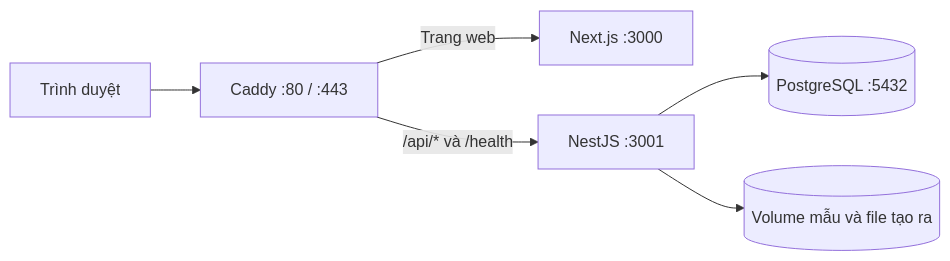
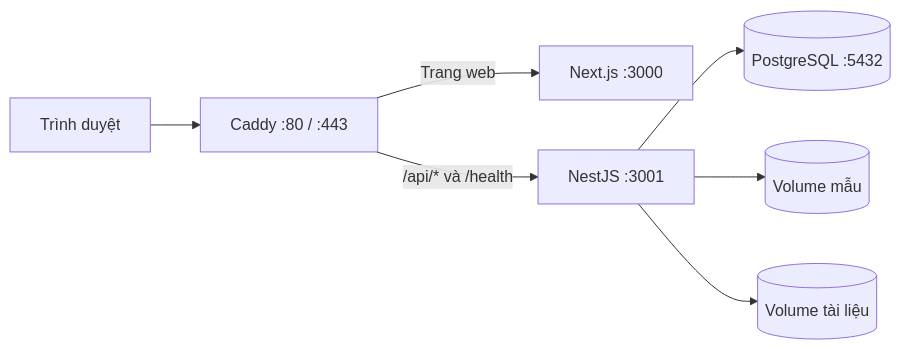
One commit to tranchien2105/document-template-library changed the second of 2 diagrams in README.md. Above: the diagram before and after it, drawn with Mermaid. The commit also changed other lines of this file, not shown here.

````diff
--- a/README.md
+++ b/README.md
@@ -73,8 +254,9 @@
 ```mermaid
 flowchart LR
-    User[Trình duyệt] --> Caddy[Caddy :80 / :443]
-    Caddy -->|Trang web| Next[Next.js :3000]
-    Caddy -->|/api/* và /health| Nest[NestJS :3001]
-    Nest --> DB[(PostgreSQL :5432)]
-    Nest --> Storage[(Volume mẫu và file tạo ra)]
+    Browser[Trình duyệt] --> Caddy[Caddy :80 / :443]
+    Caddy -->|Trang web| Frontend[Next.js :3000]
+    Caddy -->|/api/* và /health| Backend[NestJS :3001]
+    Backend --> Database[(PostgreSQL :5432)]
+    Backend --> Templates[(Volume mẫu)]
+    Backend --> Generated[(Volume tài liệu)]
 ```
````
